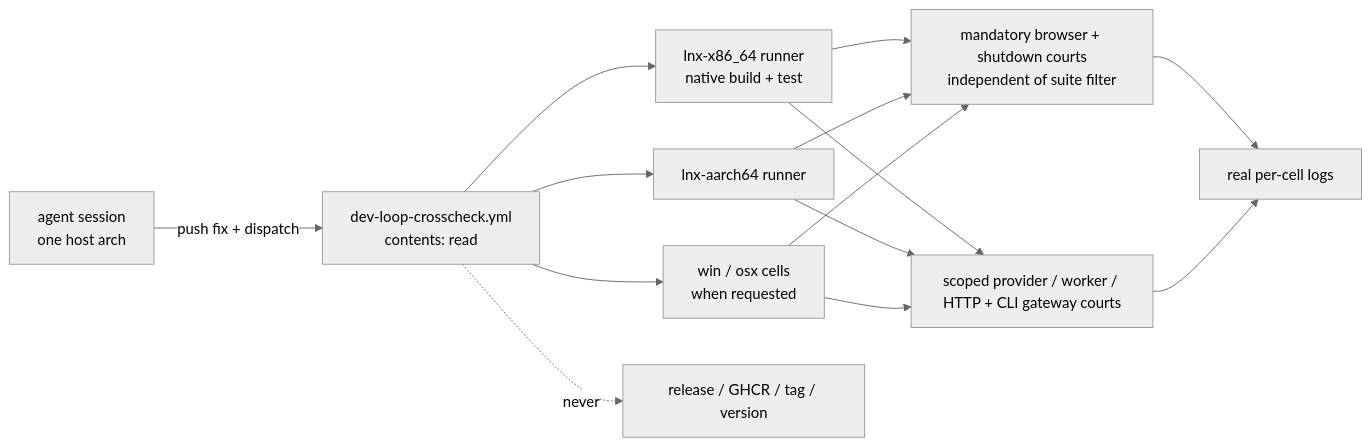
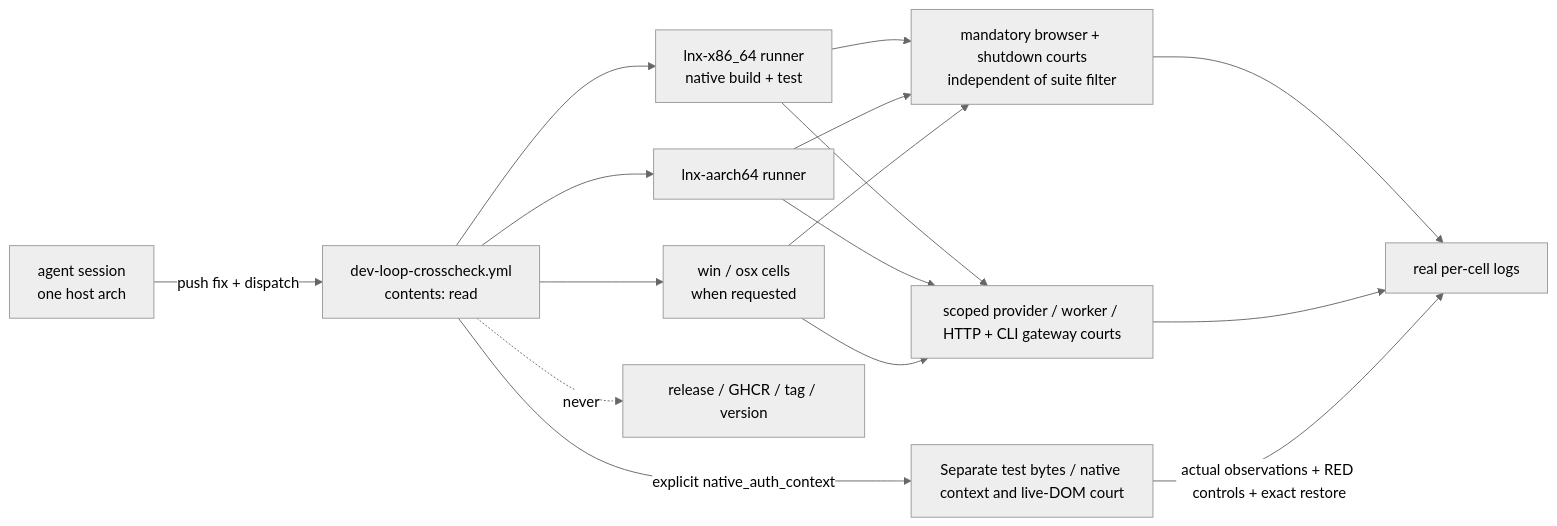
One commit to partnernetsoftware/minicon changed the diagram in prd/PRD_02_32_dev_loop_crosscheck.md. Above: the diagram before and after it, drawn with Mermaid (neutral theme). The commit also changed other lines of this file and 14 other files, not shown here.

Commit message:
test: exercise native account contexts and parked page state

````diff
--- a/prd/PRD_02_32_dev_loop_crosscheck.md
+++ b/prd/PRD_02_32_dev_loop_crosscheck.md
@@ -33,12 +38,14 @@
 ```mermaid
 flowchart LR
     A["agent session<br/>one host arch"] -->|push fix + dispatch| W["dev-loop-crosscheck.yml<br/>contents: read"]
     W --> C1["lnx-x86_64 runner<br/>native build + test"]
     W --> C2["lnx-aarch64 runner"]
     W --> C3["win / osx cells<br/>when requested"]
     C1 & C2 & C3 --> M["mandatory browser + shutdown courts<br/>independent of suite filter"]
     M --> L["real per-cell logs"]
     C1 & C2 & C3 --> G["scoped provider / worker / HTTP + CLI gateway courts"]
     G --> L
+    W -->|explicit native_auth_context| T[Separate test bytes / native context and live-DOM court]
+    T -->|actual observations + RED controls + exact restore| L
     W -. never .-> R["release / GHCR / tag / version"]
 ```
````
